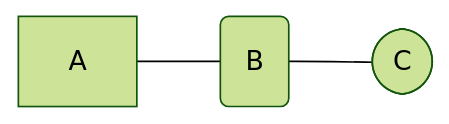
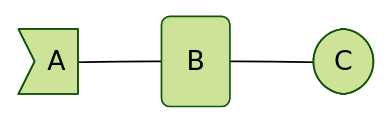
One commit to jaanos/jekyll-theme-primer changed the diagram in README.md. Above: the diagram before and after it, drawn with Mermaid (forest theme).

````diff
--- a/README.md
+++ b/README.md
@@ -13,5 +13,5 @@
 ```mermaid
 graph LR
 
-A --- B(B) --- C([C])
+A>A] --- B(B) --- C([C])
 ```
````
